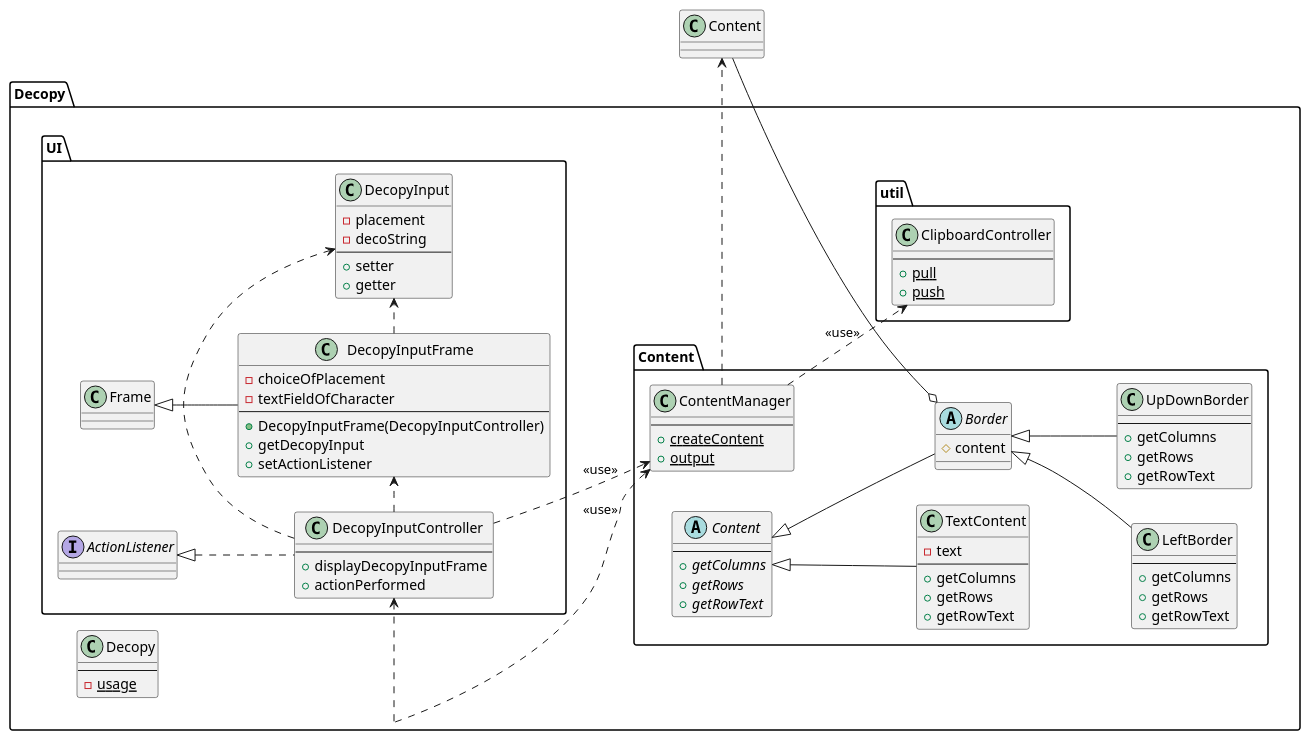
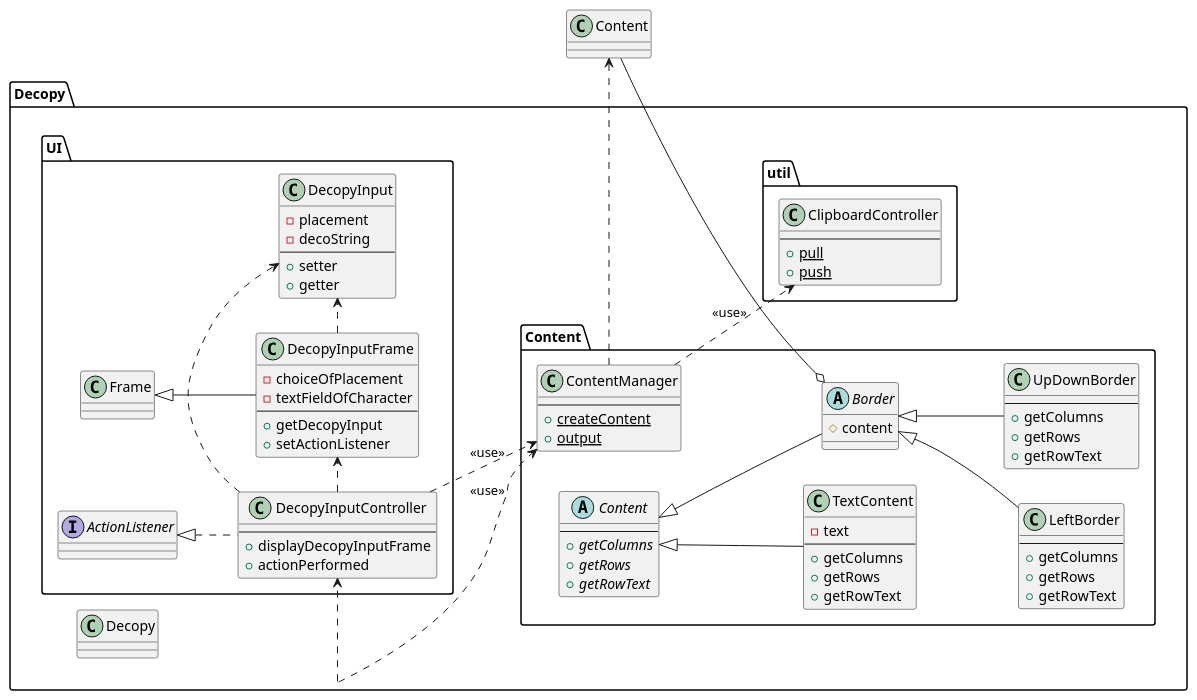
The diagram in design/class.pu (ryokow/Decopy), drawn with PlantUML before and after one commit. The commit also changed 4 other files, not shown here.

Commit message:
Update: UML diagram

```diff
--- a/design/class.pu
+++ b/design/class.pu
@@ -1,102 +1,95 @@
 @startuml Decopy
 
 ' クラス定義
 package Decopy{
     Package Content {
         class ContentManager {
             --
             + {static} createContent
             + {static} output
         }
         ' Decoratorパターン ここから ---
         abstract class Content {
             --
             + {abstract} getColumns
             + {abstract} getRows
             + {abstract} getRowText
         }
 
         class TextContent extends Content {
             - text
             --
             + getColumns
             + getRows
             + getRowText
         }
 
         abstract class Border extends Content {
             # content
         }
 
         class LeftBorder extends Border {
             --
             + getColumns
             + getRows
             + getRowText
         }
 
         class UpDownBorder extends Border {
             --
             + getColumns
             + getRows
             + getRowText
         }
         ' Decoratorパターン ここまで---
     }
 
     package UI {
         class DecopyInputController implements ActionListener{
             --
             + displayDecopyInputFrame
             + actionPerformed
         }
 
         class DecopyInputFrame extends Frame{
             - choiceOfPlacement
             - textFieldOfCharacter
             --
-            + DecopyInputFrame(DecopyInputController)
             + getDecopyInput
             + setActionListener
         }
 
         class DecopyInput{
         - placement
         - decoString
         --
         + setter
         + getter
         }
     }
 
     package util {
         class ClipboardController {
         --
         + {static} pull
         + {static} push
         }
     }
 
-    class Decopy {
-        --
-        ' - {static} isPlacement
-        ' - {static} createContet
-        ' - {static} output
-        - {static} usage
-    }
+    class Decopy {}
 }
 
 ' クラス間の関係
 left to right direction
 Decopy .> DecopyInputController
 Decopy .> ContentManager: <<use>>
 Content --o Border 
 ContentManager ..> ClipboardController: <<use>>
 DecopyInputController ..> ContentManager: <<use>>
 ContentManager .> Content
 DecopyInputController .> DecopyInputFrame
 DecopyInputController .> DecopyInput
 DecopyInputFrame .> DecopyInput
 
 
 @enduml
```
